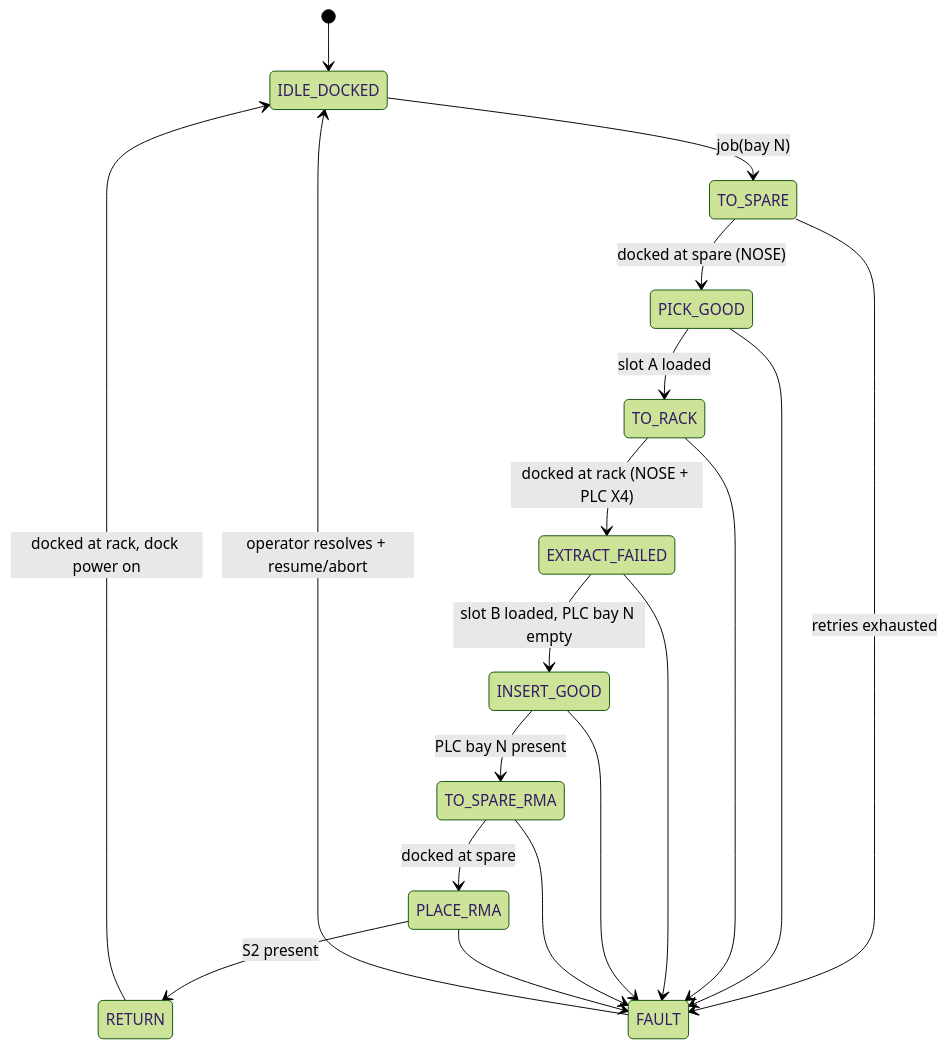
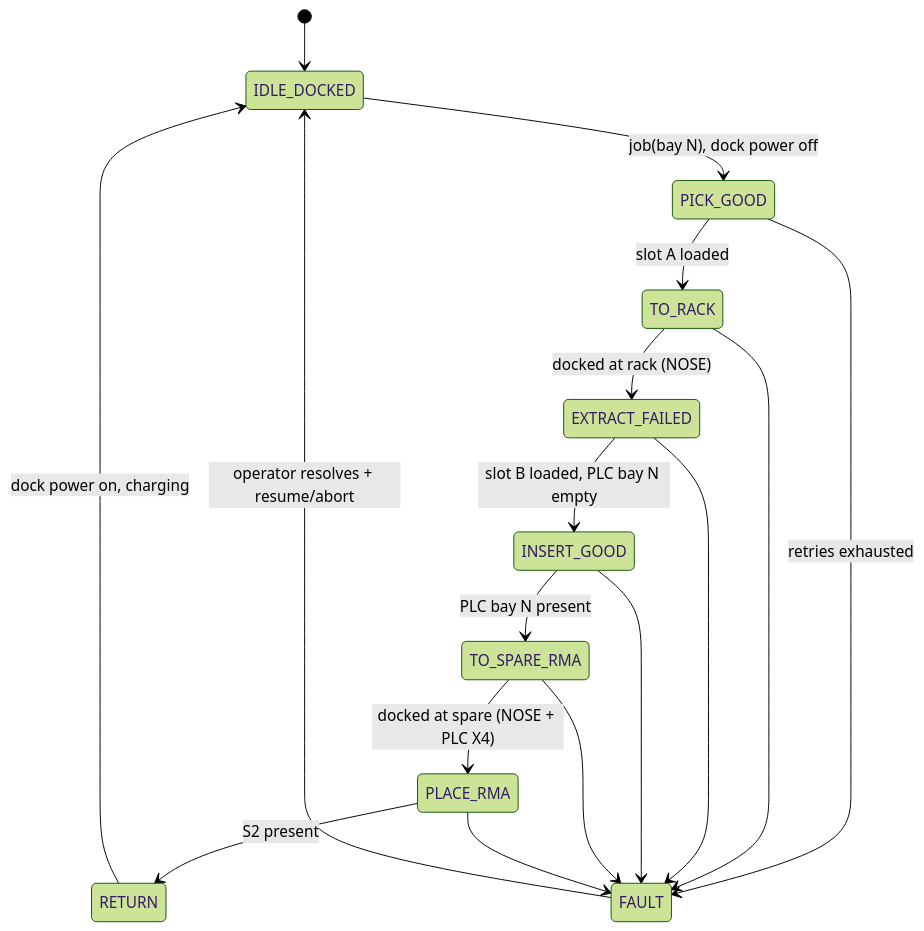
Before and after one commit to freethought101/RackBotGen3: the second of 2 diagrams in docs/spec/03-software.md, drawn with Mermaid (forest theme). The commit also changed other lines of this file and 15 other files, not shown here.

First line of the commit message:
Move the charging dock to the spare station (spec v0.1.22)

````diff
--- a/docs/spec/03-software.md
+++ b/docs/spec/03-software.md
@@ -131,21 +131,19 @@
 ```mermaid
 stateDiagram-v2
   [*] --> IDLE_DOCKED
-  IDLE_DOCKED --> TO_SPARE: job(bay N)
-  TO_SPARE --> PICK_GOOD: docked at spare (NOSE)
+  IDLE_DOCKED --> PICK_GOOD: job(bay N), dock power off
   PICK_GOOD --> TO_RACK: slot A loaded
-  TO_RACK --> EXTRACT_FAILED: docked at rack (NOSE + PLC X4)
+  TO_RACK --> EXTRACT_FAILED: docked at rack (NOSE)
   EXTRACT_FAILED --> INSERT_GOOD: slot B loaded, PLC bay N empty
   INSERT_GOOD --> TO_SPARE_RMA: PLC bay N present
-  TO_SPARE_RMA --> PLACE_RMA: docked at spare
+  TO_SPARE_RMA --> PLACE_RMA: docked at spare (NOSE + PLC X4)
   PLACE_RMA --> RETURN: S2 present
-  RETURN --> IDLE_DOCKED: docked at rack, dock power on
-  TO_SPARE --> FAULT: retries exhausted
-  PICK_GOOD --> FAULT
+  RETURN --> IDLE_DOCKED: dock power on, charging
+  PICK_GOOD --> FAULT: retries exhausted
   TO_RACK --> FAULT
   EXTRACT_FAILED --> FAULT
   INSERT_GOOD --> FAULT
   TO_SPARE_RMA --> FAULT
   PLACE_RMA --> FAULT
   FAULT --> IDLE_DOCKED: operator resolves + resume/abort
 ```
````
